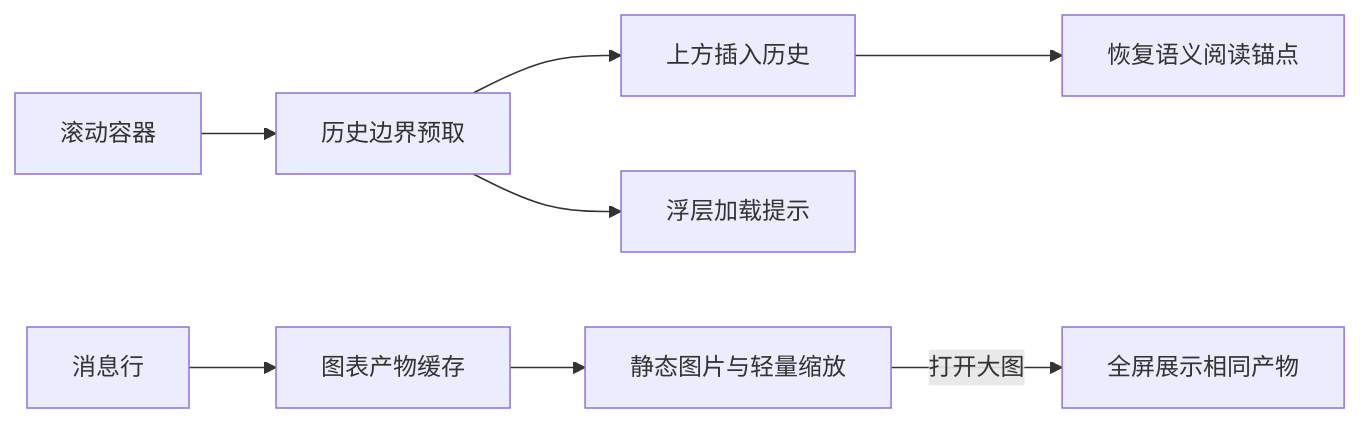
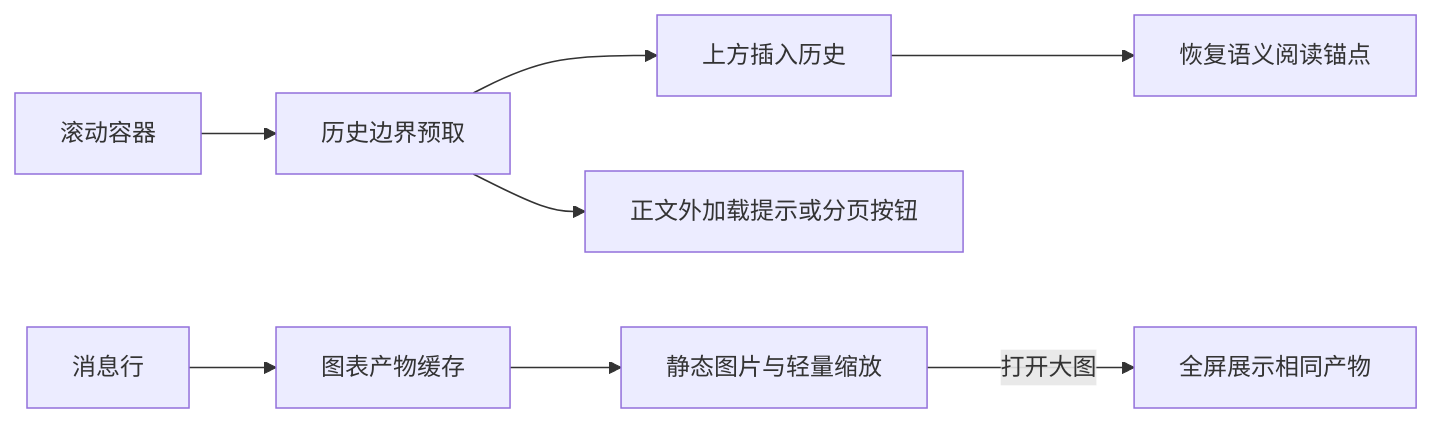
The diagram in docs/zh/wework/developer-guide/wework-chat-state-sources.md (wecode-ai/Wegent), drawn with Mermaid before and after one commit. The commit also changed other lines of this file and 6 other files, not shown here.

````diff
--- a/docs/zh/wework/developer-guide/wework-chat-state-sources.md
+++ b/docs/zh/wework/developer-guide/wework-chat-state-sources.md
@@ -61,10 +61,10 @@
 ```mermaid
 flowchart LR
   A[滚动容器] --> B[历史边界预取]
   B --> C[上方插入历史]
   C --> D[恢复语义阅读锚点]
-  B --> E[浮层加载提示]
+  B --> E[正文外加载提示或分页按钮]
   F[消息行] --> G[图表产物缓存]
   G --> H[静态图片与轻量缩放]
   H -->|打开大图| I[全屏展示相同产物]
 ```
````
